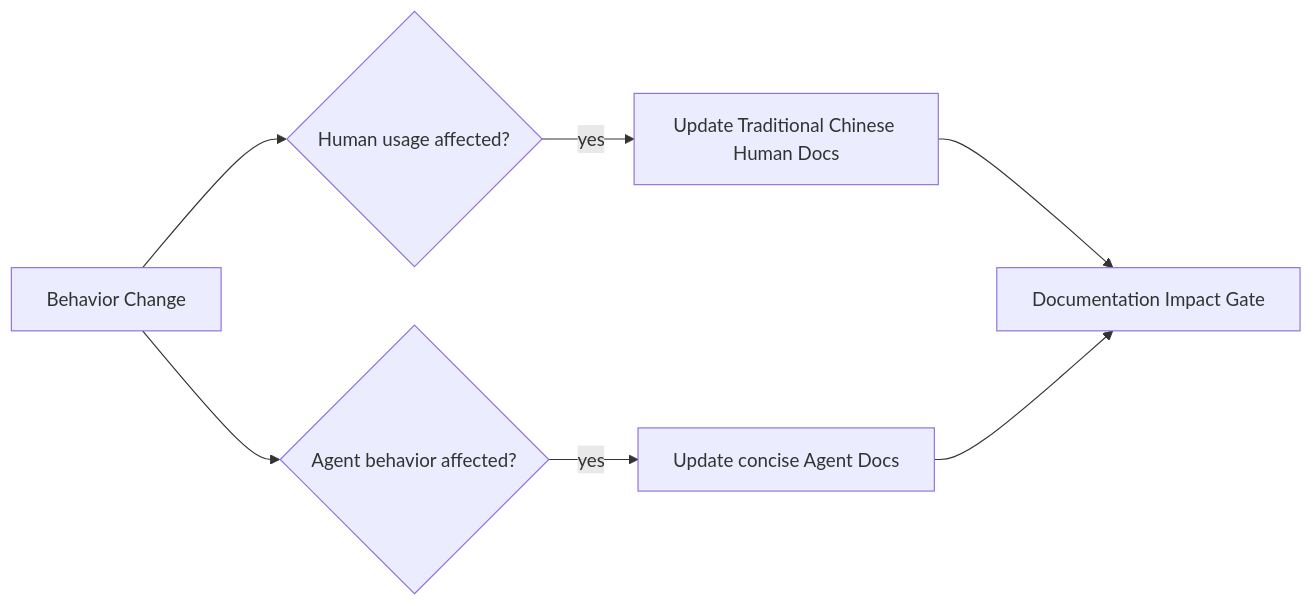
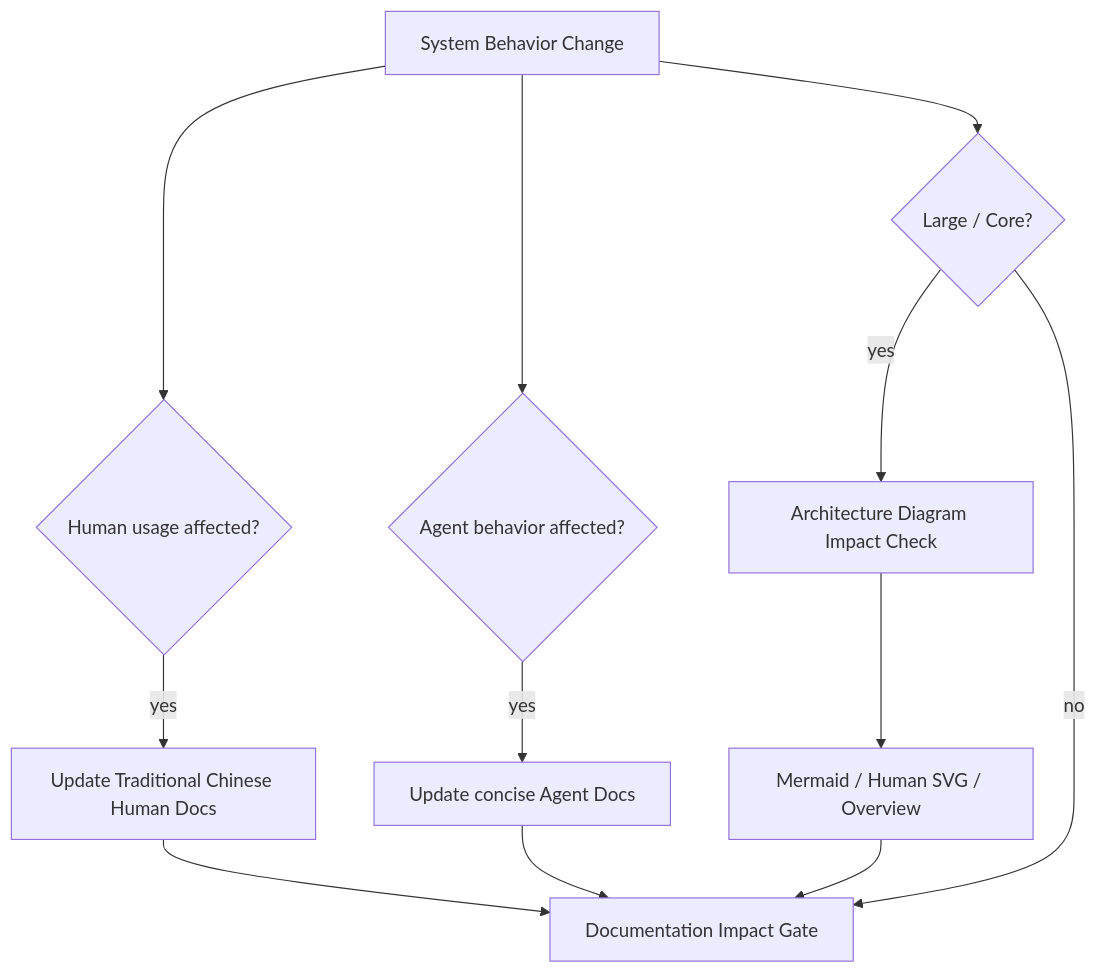
Before and after one commit to LucasLu3918/ai-product-system: the tenth of 20 diagrams in docs/ARCHITECTURE.md, drawn with Mermaid. The commit also changed other lines of this file and 7 other files, not shown here.

Commit message:
docs(architecture): sync diagrams and require impact review for core changes

```diff
--- a/docs/ARCHITECTURE.md
+++ b/docs/ARCHITECTURE.md
@@ -219,9 +229,14 @@
 ~~~mermaid
-flowchart LR
-    CHANGE[Behavior Change] --> H{Human usage affected?}
+flowchart TD
+    CHANGE[System Behavior Change] --> CORE{Large / Core?}
+    CHANGE --> H{Human usage affected?}
     CHANGE --> A{Agent behavior affected?}
+    CORE -->|yes| DIA[Architecture Diagram Impact Check]
     H -->|yes| HD[Update Traditional Chinese Human Docs]
     A -->|yes| AD[Update concise Agent Docs]
-    HD --> M[Documentation Impact Gate]
-    AD --> M
+    DIA --> M1[Mermaid / Human SVG / Overview]
+    HD --> G[Documentation Impact Gate]
+    AD --> G
+    M1 --> G
+    CORE -->|no| G
 ~~~
```
